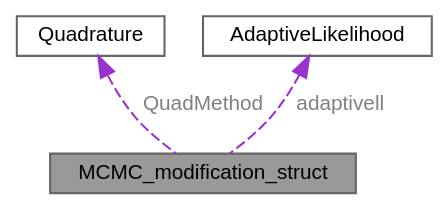
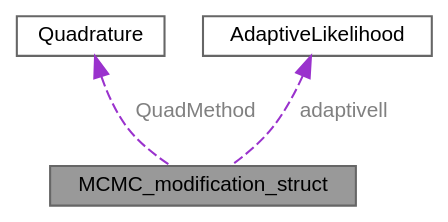
Before and after one commit to bayescollab/gw_analysis_tools: the diagram in structMCMC__modification__struct__coll__graph.dot, drawn with Graphviz. The commit also changed 476 other files, not shown here.

```diff
--- a/structMCMC__modification__struct__coll__graph.dot
+++ b/structMCMC__modification__struct__coll__graph.dot
@@ -1,12 +1,14 @@
 digraph "MCMC_modification_struct"
 {
  // LATEX_PDF_SIZE
   bgcolor="transparent";
   edge [fontname=Helvetica,fontsize=10,labelfontname=Helvetica,labelfontsize=10];
   node [fontname=Helvetica,fontsize=10,shape=box,height=0.2,width=0.4];
   Node1 [id="Node000001",label="MCMC_modification_struct",height=0.2,width=0.4,color="gray40", fillcolor="grey60", style="filled", fontcolor="black",tooltip=" "];
-  Node2 -> Node1 [id="edge1_Node000001_Node000002",dir="back",color="darkorchid3",style="dashed",tooltip=" ",label=" QuadMethod",fontcolor="grey" ];
+  Node2 -> Node1 [id="edge1_Node000001_Node000002",dir="back",color="darkorchid3",style="dashed",tooltip=" ",label=<<TABLE CELLBORDER="0" BORDER="0"><TR><TD VALIGN="top" ALIGN="LEFT" CELLPADDING="1" CELLSPACING="0">QuadMethod</TD></TR>
+</TABLE>> ,fontcolor="grey" ];
   Node2 [id="Node000002",label="Quadrature",height=0.2,width=0.4,color="gray40", fillcolor="white", style="filled",URL="$classQuadrature.html",tooltip="Class to evaluate integrals with established spacing and weights."];
-  Node3 -> Node1 [id="edge2_Node000001_Node000003",dir="back",color="darkorchid3",style="dashed",tooltip=" ",label=" adaptivell",fontcolor="grey" ];
+  Node3 -> Node1 [id="edge2_Node000001_Node000003",dir="back",color="darkorchid3",style="dashed",tooltip=" ",label=<<TABLE CELLBORDER="0" BORDER="0"><TR><TD VALIGN="top" ALIGN="LEFT" CELLPADDING="1" CELLSPACING="0">adaptivell</TD></TR>
+</TABLE>> ,fontcolor="grey" ];
   Node3 [id="Node000003",label="AdaptiveLikelihood",height=0.2,width=0.4,color="gray40", fillcolor="white", style="filled",URL="$classAdaptiveLikelihood.html",tooltip=" "];
 }
```
